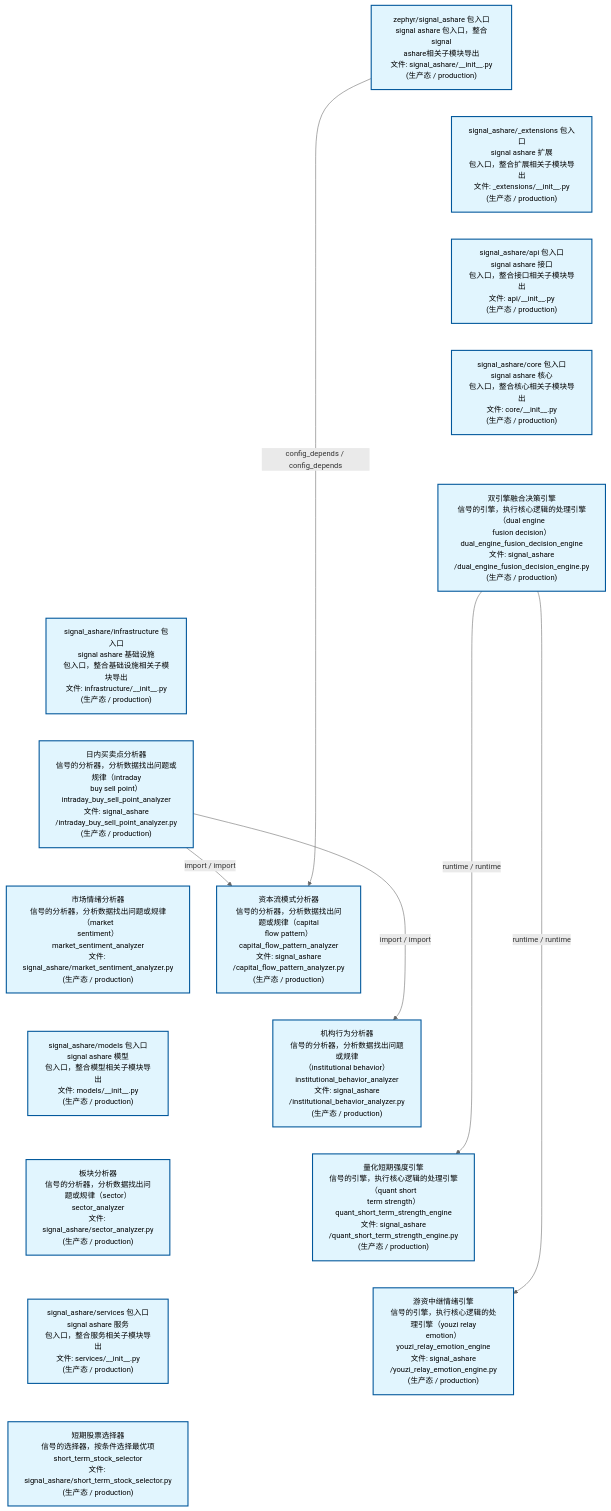
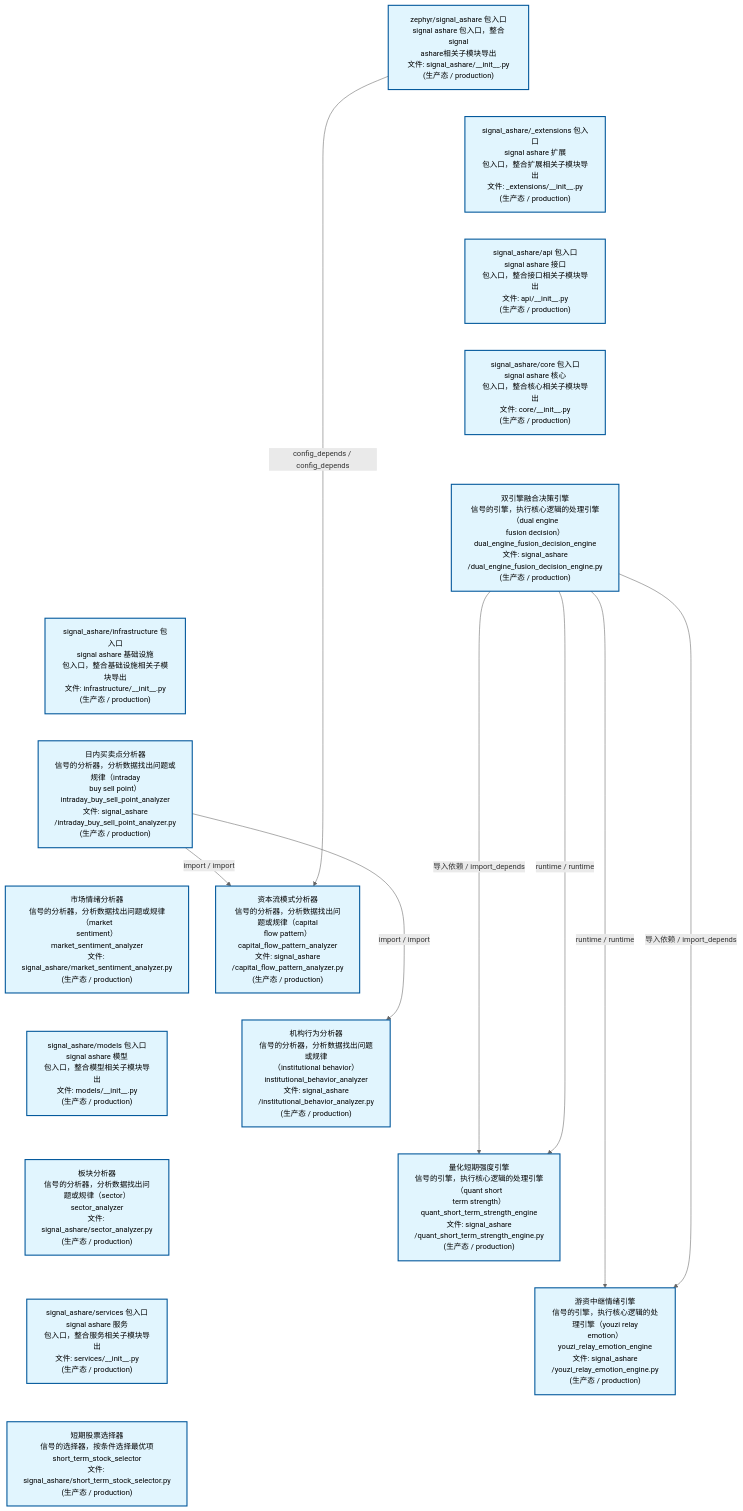
One commit to xuanFelixVan/ZephyrAlpha changed the second of 4 diagrams in docs/02_enterprise_architecture/02_domain_architecture_docs/32_d_ashare_signal.md. Above: the diagram before and after it, drawn with Mermaid. The commit also changed other lines of this file and 80 other files, not shown here.

````diff
--- a/docs/02_enterprise_architecture/02_domain_architecture_docs/32_d_ashare_signal.md
+++ b/docs/02_enterprise_architecture/02_domain_architecture_docs/32_d_ashare_signal.md
@@ -110,44 +112,46 @@
 ```mermaid
 %%{init: {'theme': 'base', 'themeVariables': {'primaryColor': '#eaeaea', 'primaryTextColor': '#333333', 'primaryBorderColor': '#666666', 'lineColor': '#666666', 'secondaryColor': '#eaeaea', 'tertiaryColor': '#eaeaea', 'fontSize': '14px'}}}%%
 flowchart TD
     src_zephyr_signal_ashare_init_py["zephyr/signal_ashare 包入口<br/>signal ashare 包入口，整合signal<br/>ashare相关子模块导出<br/>文件: signal_ashare/__init__.py<br/>(生产态 / production)"]
     src_zephyr_signal_ashare_extensions_init_py["signal_ashare/_extensions 包入口<br/>signal ashare 扩展<br/>包入口，整合扩展相关子模块导出<br/>文件: _extensions/__init__.py<br/>(生产态 / production)"]
     src_zephyr_signal_ashare_api_init_py["signal_ashare/api 包入口<br/>signal ashare 接口<br/>包入口，整合接口相关子模块导出<br/>文件: api/__init__.py<br/>(生产态 / production)"]
     src_zephyr_signal_ashare_core_init_py["signal_ashare/core 包入口<br/>signal ashare 核心<br/>包入口，整合核心相关子模块导出<br/>文件: core/__init__.py<br/>(生产态 / production)"]
     src_zephyr_signal_ashare_dual_engine_fusion_decision_engine_py["双引擎融合决策引擎<br/>信号的引擎，执行核心逻辑的处理引擎（dual engine<br/>fusion decision）<br/>dual_engine_fusion_decision_engine<br/>文件: signal_ashare<br/>/dual_engine_fusion_decision_engine.py<br/>(生产态 / production)"]
     src_zephyr_signal_ashare_infrastructure_init_py["signal_ashare/infrastructure 包入口<br/>signal ashare 基础设施<br/>包入口，整合基础设施相关子模块导出<br/>文件: infrastructure/__init__.py<br/>(生产态 / production)"]
     src_zephyr_signal_ashare_intraday_buy_sell_point_analyzer_py["日内买卖点分析器<br/>信号的分析器，分析数据找出问题或规律（intraday<br/>buy sell point）<br/>intraday_buy_sell_point_analyzer<br/>文件: signal_ashare<br/>/intraday_buy_sell_point_analyzer.py<br/>(生产态 / production)"]
     src_zephyr_signal_ashare_market_sentiment_analyzer_py["市场情绪分析器<br/>信号的分析器，分析数据找出问题或规律（market<br/>sentiment）<br/>market_sentiment_analyzer<br/>文件: signal_ashare/market_sentiment_analyzer.py<br/>(生产态 / production)"]
     src_zephyr_signal_ashare_models_init_py["signal_ashare/models 包入口<br/>signal ashare 模型<br/>包入口，整合模型相关子模块导出<br/>文件: models/__init__.py<br/>(生产态 / production)"]
     src_zephyr_signal_ashare_sector_analyzer_py["板块分析器<br/>信号的分析器，分析数据找出问题或规律（sector）<br/>sector_analyzer<br/>文件: signal_ashare/sector_analyzer.py<br/>(生产态 / production)"]
     src_zephyr_signal_ashare_services_init_py["signal_ashare/services 包入口<br/>signal ashare 服务<br/>包入口，整合服务相关子模块导出<br/>文件: services/__init__.py<br/>(生产态 / production)"]
     src_zephyr_signal_ashare_short_term_stock_selector_py["短期股票选择器<br/>信号的选择器，按条件选择最优项<br/>short_term_stock_selector<br/>文件: signal_ashare/short_term_stock_selector.py<br/>(生产态 / production)"]
     src_zephyr_signal_ashare_init_py ~~~ src_zephyr_signal_ashare_extensions_init_py
     src_zephyr_signal_ashare_extensions_init_py ~~~ src_zephyr_signal_ashare_api_init_py
     src_zephyr_signal_ashare_api_init_py ~~~ src_zephyr_signal_ashare_core_init_py
     src_zephyr_signal_ashare_core_init_py ~~~ src_zephyr_signal_ashare_dual_engine_fusion_decision_engine_py
     src_zephyr_signal_ashare_dual_engine_fusion_decision_engine_py ~~~ src_zephyr_signal_ashare_infrastructure_init_py
     src_zephyr_signal_ashare_infrastructure_init_py ~~~ src_zephyr_signal_ashare_intraday_buy_sell_point_analyzer_py
     src_zephyr_signal_ashare_intraday_buy_sell_point_analyzer_py ~~~ src_zephyr_signal_ashare_market_sentiment_analyzer_py
     src_zephyr_signal_ashare_market_sentiment_analyzer_py ~~~ src_zephyr_signal_ashare_models_init_py
     src_zephyr_signal_ashare_models_init_py ~~~ src_zephyr_signal_ashare_sector_analyzer_py
     src_zephyr_signal_ashare_sector_analyzer_py ~~~ src_zephyr_signal_ashare_services_init_py
     src_zephyr_signal_ashare_services_init_py ~~~ src_zephyr_signal_ashare_short_term_stock_selector_py
     src_zephyr_signal_ashare_capital_flow_pattern_analyzer_py["资本流模式分析器<br/>信号的分析器，分析数据找出问题或规律（capital<br/>flow pattern）<br/>capital_flow_pattern_analyzer<br/>文件: signal_ashare<br/>/capital_flow_pattern_analyzer.py<br/>(生产态 / production)"]
     src_zephyr_signal_ashare_institutional_behavior_analyzer_py["机构行为分析器<br/>信号的分析器，分析数据找出问题或规律<br/>（institutional behavior）<br/>institutional_behavior_analyzer<br/>文件: signal_ashare<br/>/institutional_behavior_analyzer.py<br/>(生产态 / production)"]
     src_zephyr_signal_ashare_quant_short_term_strength_engine_py["量化短期强度引擎<br/>信号的引擎，执行核心逻辑的处理引擎（quant short<br/>term strength）<br/>quant_short_term_strength_engine<br/>文件: signal_ashare<br/>/quant_short_term_strength_engine.py<br/>(生产态 / production)"]
     src_zephyr_signal_ashare_youzi_relay_emotion_engine_py["游资中继情绪引擎<br/>信号的引擎，执行核心逻辑的处理引擎（youzi relay<br/>emotion）<br/>youzi_relay_emotion_engine<br/>文件: signal_ashare<br/>/youzi_relay_emotion_engine.py<br/>(生产态 / production)"]
     src_zephyr_signal_ashare_capital_flow_pattern_analyzer_py ~~~ src_zephyr_signal_ashare_institutional_behavior_analyzer_py
     src_zephyr_signal_ashare_institutional_behavior_analyzer_py ~~~ src_zephyr_signal_ashare_quant_short_term_strength_engine_py
     src_zephyr_signal_ashare_quant_short_term_strength_engine_py ~~~ src_zephyr_signal_ashare_youzi_relay_emotion_engine_py
-    src_zephyr_signal_ashare_dual_engine_fusion_decision_engine_py -->|runtime / runtime| src_zephyr_signal_ashare_youzi_relay_emotion_engine_py
-    src_zephyr_signal_ashare_dual_engine_fusion_decision_engine_py -->|runtime / runtime| src_zephyr_signal_ashare_quant_short_term_strength_engine_py
     src_zephyr_signal_ashare_intraday_buy_sell_point_analyzer_py -->|import / import| src_zephyr_signal_ashare_capital_flow_pattern_analyzer_py
     src_zephyr_signal_ashare_intraday_buy_sell_point_analyzer_py -->|import / import| src_zephyr_signal_ashare_institutional_behavior_analyzer_py
     src_zephyr_signal_ashare_init_py -->|config_depends / config_depends| src_zephyr_signal_ashare_capital_flow_pattern_analyzer_py
+    src_zephyr_signal_ashare_dual_engine_fusion_decision_engine_py -->|runtime / runtime| src_zephyr_signal_ashare_youzi_relay_emotion_engine_py
+    src_zephyr_signal_ashare_dual_engine_fusion_decision_engine_py -->|导入依赖 / import_depends| src_zephyr_signal_ashare_youzi_relay_emotion_engine_py
+    src_zephyr_signal_ashare_dual_engine_fusion_decision_engine_py -->|导入依赖 / import_depends| src_zephyr_signal_ashare_quant_short_term_strength_engine_py
+    src_zephyr_signal_ashare_dual_engine_fusion_decision_engine_py -->|runtime / runtime| src_zephyr_signal_ashare_quant_short_term_strength_engine_py
     classDef production fill:#e1f5fe,stroke:#01579b,stroke-width:2px,color:#000
     classDef design fill:#fff3e0,stroke:#e65100,stroke-width:2px,color:#000,stroke-dasharray: 5 5
     classDef external_prod fill:#e8f4fd,stroke:#0277bd,stroke-width:1px,color:#000
     classDef external_design fill:#fff8e7,stroke:#ef6c00,stroke-width:1px,color:#000,stroke-dasharray: 5 5
     class src_zephyr_signal_ashare_init_py,src_zephyr_signal_ashare_extensions_init_py,src_zephyr_signal_ashare_api_init_py,src_zephyr_signal_ashare_capital_flow_pattern_analyzer_py,src_zephyr_signal_ashare_core_init_py,src_zephyr_signal_ashare_dual_engine_fusion_decision_engine_py,src_zephyr_signal_ashare_infrastructure_init_py,src_zephyr_signal_ashare_institutional_behavior_analyzer_py,src_zephyr_signal_ashare_intraday_buy_sell_point_analyzer_py,src_zephyr_signal_ashare_market_sentiment_analyzer_py,src_zephyr_signal_ashare_models_init_py,src_zephyr_signal_ashare_quant_short_term_strength_engine_py,src_zephyr_signal_ashare_sector_analyzer_py,src_zephyr_signal_ashare_services_init_py,src_zephyr_signal_ashare_short_term_stock_selector_py,src_zephyr_signal_ashare_youzi_relay_emotion_engine_py production
 ```
````
